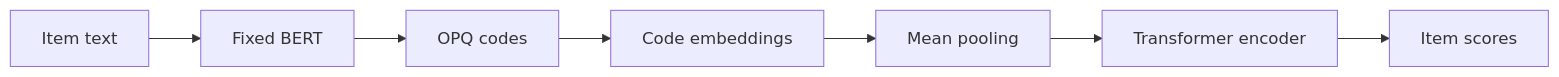
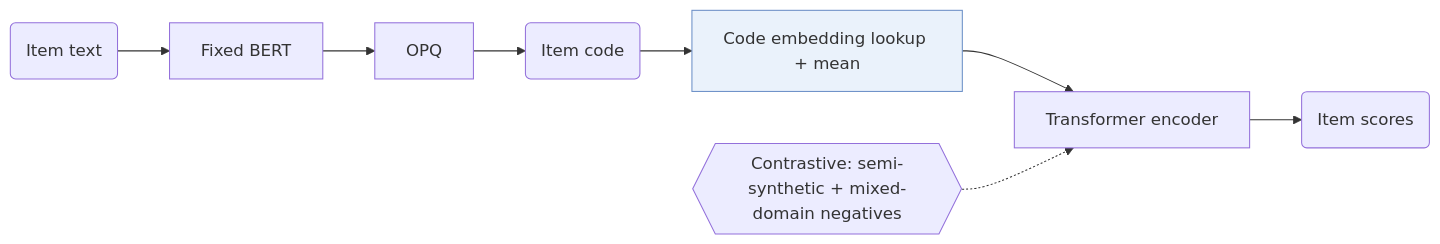
Before and after one commit to Galaxy-ghost/Awesome-SID-Generative-Rec: the first of 2 diagrams in notes/vq-rec.md, drawn with Mermaid. The commit also changed other lines of this file and 521 other files, not shown here.

Commit message:
writer-04 part 3: algorithm diagrams with shared shape conventions, README hero and paper cards, archive removed

````diff
--- a/notes/vq-rec.md
+++ b/notes/vq-rec.md
@@ -7,9 +7,11 @@
 ```mermaid
 flowchart LR
-    A[Item text] --> B[Fixed BERT]
-    B --> C[OPQ codes]
-    C --> D[Code embeddings]
-    D --> E[Mean pooling]
-    E --> F[Transformer encoder]
-    F --> G[Item scores]
+    A("Item text") --> B["Fixed BERT"]
+    B --> C["OPQ"]
+    C --> D("Item code")
+    D --> E["Code embedding lookup + mean"]:::key
+    E --> F["Transformer encoder"]
+    L1{{"Contrastive: semi-synthetic + mixed-domain negatives"}} -.-> F
+    F --> G("Item scores")
+    classDef key fill:#eaf2fb,stroke:#6b8fc7
 ```
````
